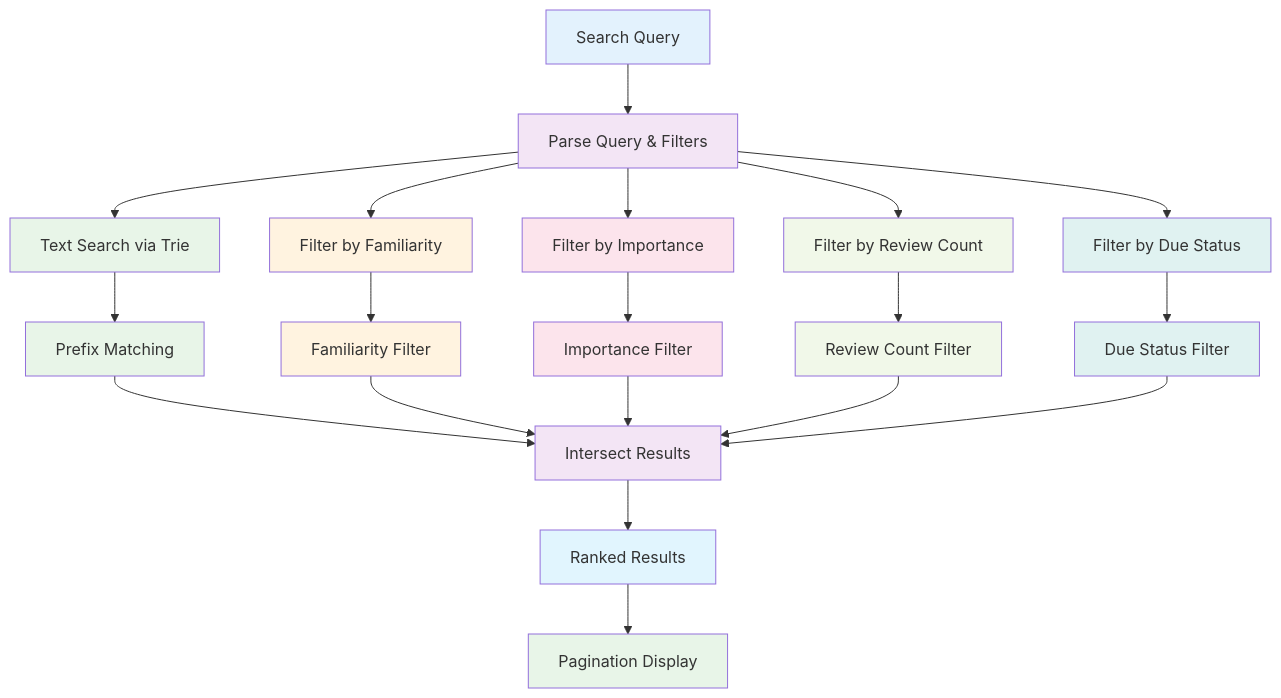
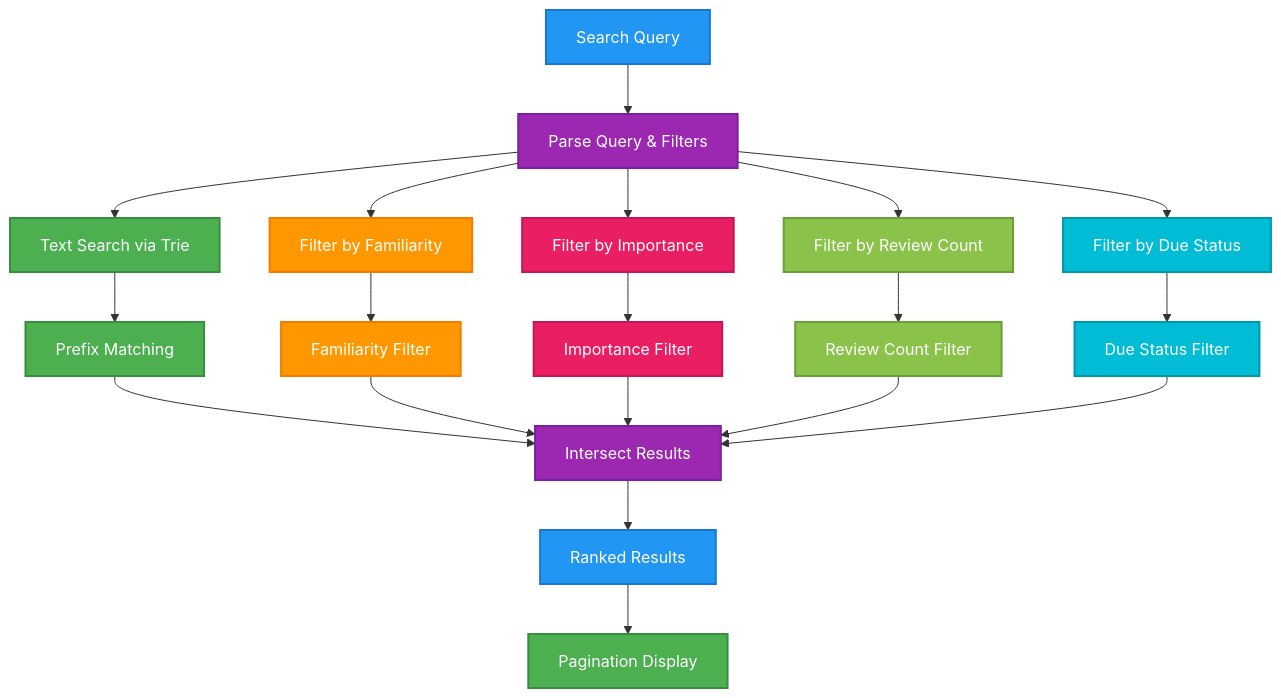
The seventh of 8 diagrams in README.md (eannchen/leetsolv), drawn with Mermaid before and after one commit. The commit also changed other lines of this file, not shown here.

Commit message:
docs: update README.md to improve flowchart styles with new color schemes for better visual clarity and consistency across sections

````diff
--- a/README.md
+++ b/README.md
@@ -651,40 +651,40 @@
 ```mermaid
 graph TD
     A[Search Query] --> B[Parse Query & Filters]
     B --> C[Text Search via Trie]
     B --> D[Filter by Familiarity]
     B --> E[Filter by Importance]
     B --> F[Filter by Review Count]
     B --> G[Filter by Due Status]
 
     C --> H[Prefix Matching]
     D --> I[Familiarity Filter]
     E --> J[Importance Filter]
     F --> K[Review Count Filter]
     G --> L[Due Status Filter]
 
     H --> M[Intersect Results]
     I --> M
     J --> M
     K --> M
     L --> M
 
     M --> N[Ranked Results]
     N --> O[Pagination Display]
 
-    style A fill:#e3f2fd
-    style B fill:#f3e5f5
-    style C fill:#e8f5e8
-    style D fill:#fff3e0
-    style E fill:#fce4ec
-    style F fill:#f1f8e9
-    style G fill:#e0f2f1
-    style H fill:#e8f5e8
-    style I fill:#fff3e0
-    style J fill:#fce4ec
-    style K fill:#f1f8e9
-    style L fill:#e0f2f1
-    style M fill:#f3e5f5
-    style N fill:#e1f5fe
-    style O fill:#e8f5e8
+    style A fill:#2196F3,stroke:#1976D2,stroke-width:2px,color:#ffffff
+    style B fill:#9C27B0,stroke:#7B1FA2,stroke-width:2px,color:#ffffff
+    style C fill:#4CAF50,stroke:#388E3C,stroke-width:2px,color:#ffffff
+    style D fill:#FF9800,stroke:#F57C00,stroke-width:2px,color:#ffffff
+    style E fill:#E91E63,stroke:#C2185B,stroke-width:2px,color:#ffffff
+    style F fill:#8BC34A,stroke:#689F38,stroke-width:2px,color:#ffffff
+    style G fill:#00BCD4,stroke:#0097A7,stroke-width:2px,color:#ffffff
+    style H fill:#4CAF50,stroke:#388E3C,stroke-width:2px,color:#ffffff
+    style I fill:#FF9800,stroke:#F57C00,stroke-width:2px,color:#ffffff
+    style J fill:#E91E63,stroke:#C2185B,stroke-width:2px,color:#ffffff
+    style K fill:#8BC34A,stroke:#689F38,stroke-width:2px,color:#ffffff
+    style L fill:#00BCD4,stroke:#0097A7,stroke-width:2px,color:#ffffff
+    style M fill:#9C27B0,stroke:#7B1FA2,stroke-width:2px,color:#ffffff
+    style N fill:#2196F3,stroke:#1976D2,stroke-width:2px,color:#ffffff
+    style O fill:#4CAF50,stroke:#388E3C,stroke-width:2px,color:#ffffff
 ```
````
